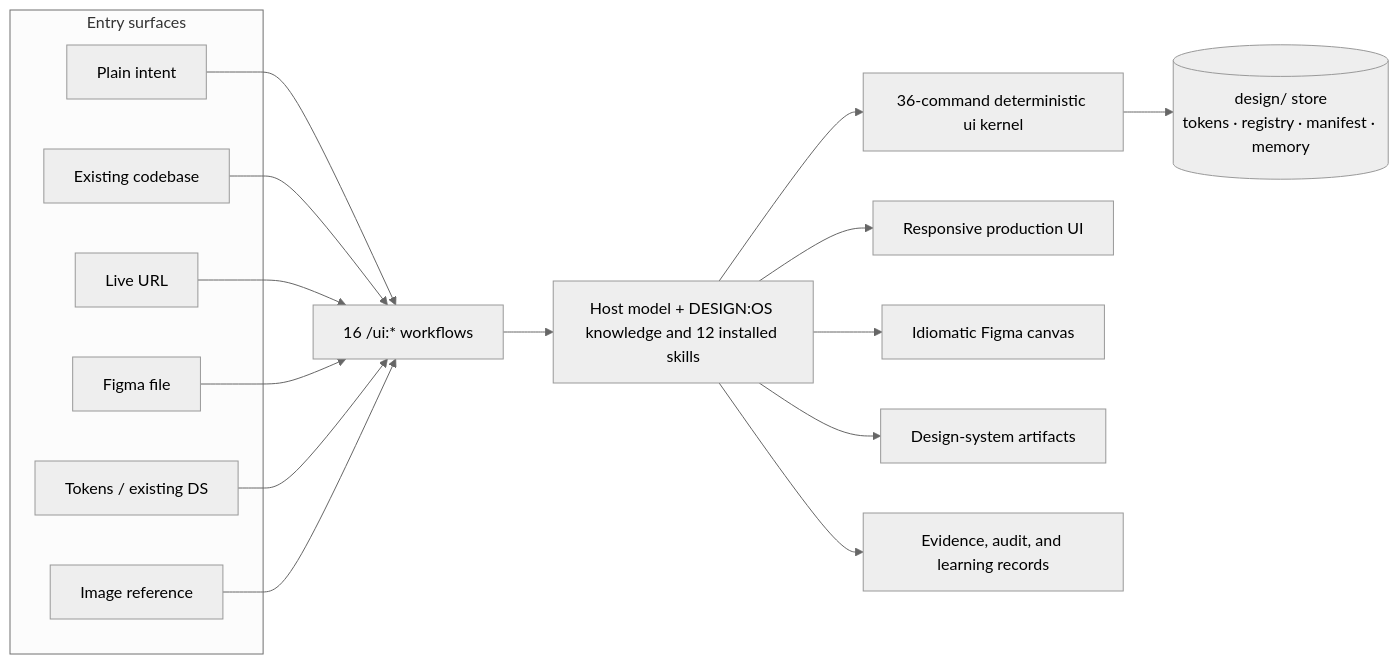
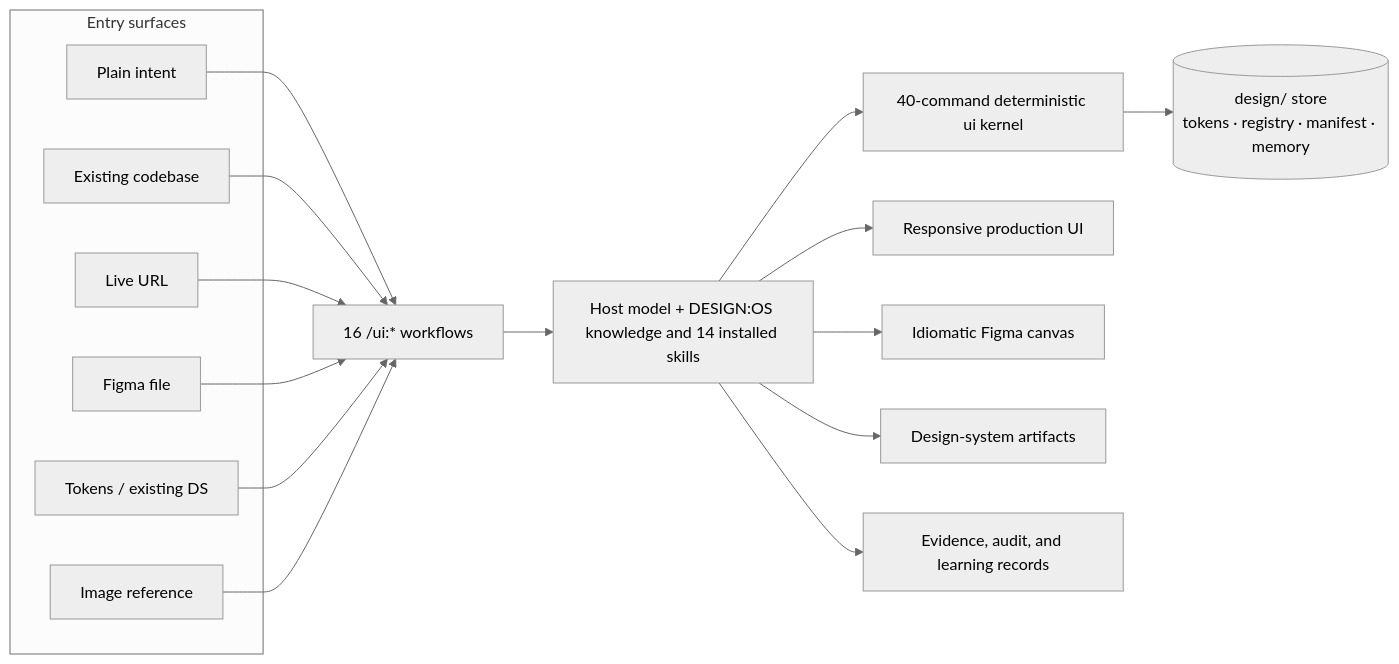
The second of 2 diagrams in README.md (jangtrinh/design-os), drawn with Mermaid (neutral theme) before and after one commit. The commit also changed other lines of this file and 1 other file, not shown here.

````diff
--- a/README.md
+++ b/README.md
@@ -571,24 +590,24 @@
 ```mermaid
 flowchart LR
     subgraph IN["Entry surfaces"]
       E1["Plain intent"]
       E2["Existing codebase"]
       E3["Live URL"]
       E4["Figma file"]
       E5["Tokens / existing DS"]
       E6["Image reference"]
     end
     E1 --> W["16 /ui:* workflows"]
     E2 --> W
     E3 --> W
     E4 --> W
     E5 --> W
     E6 --> W
-    W --> H["Host model + DESIGN:OS knowledge and 12 installed skills"]
-    H --> K["36-command deterministic ui kernel"]
+    W --> H["Host model + DESIGN:OS knowledge and 14 installed skills"]
+    H --> K["40-command deterministic ui kernel"]
     H --> O1["Responsive production UI"]
     H --> O2["Idiomatic Figma canvas"]
     H --> O3["Design-system artifacts"]
     H --> O4["Evidence, audit, and learning records"]
     K --> DS[("design/ store<br/>tokens · registry · manifest · memory")]
 ```
````
